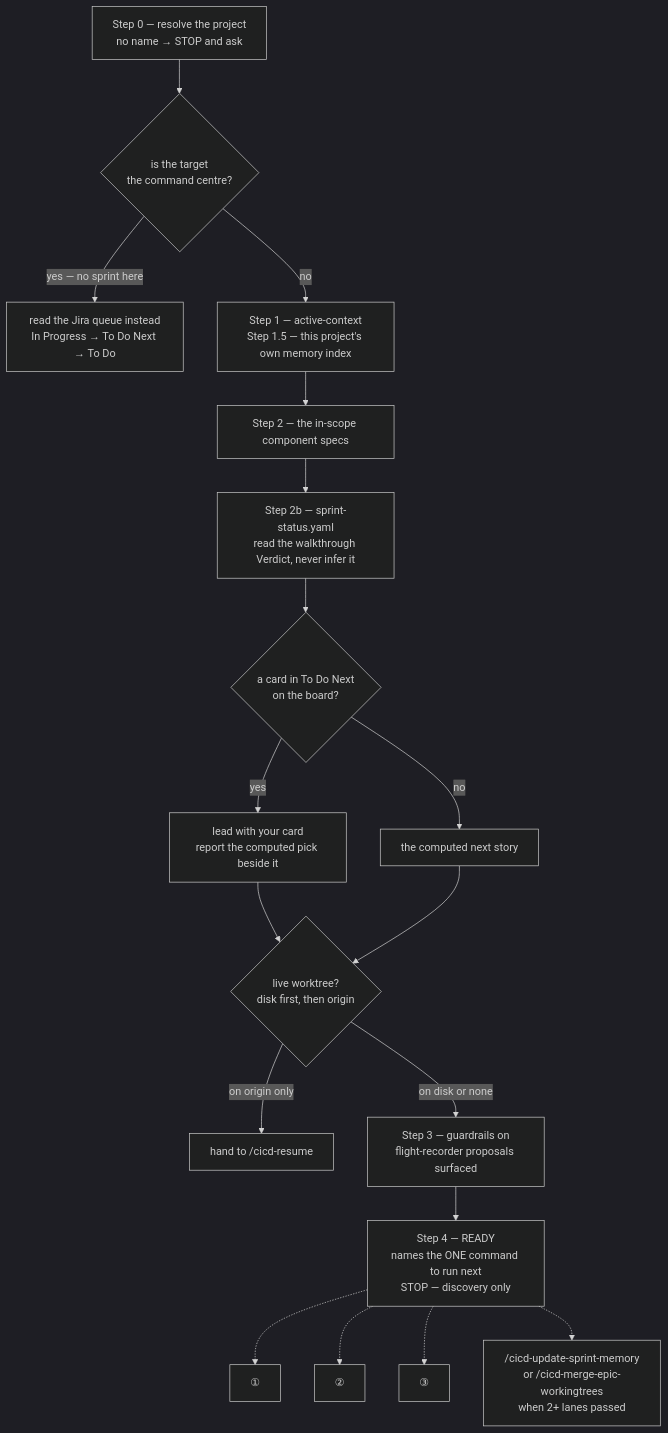
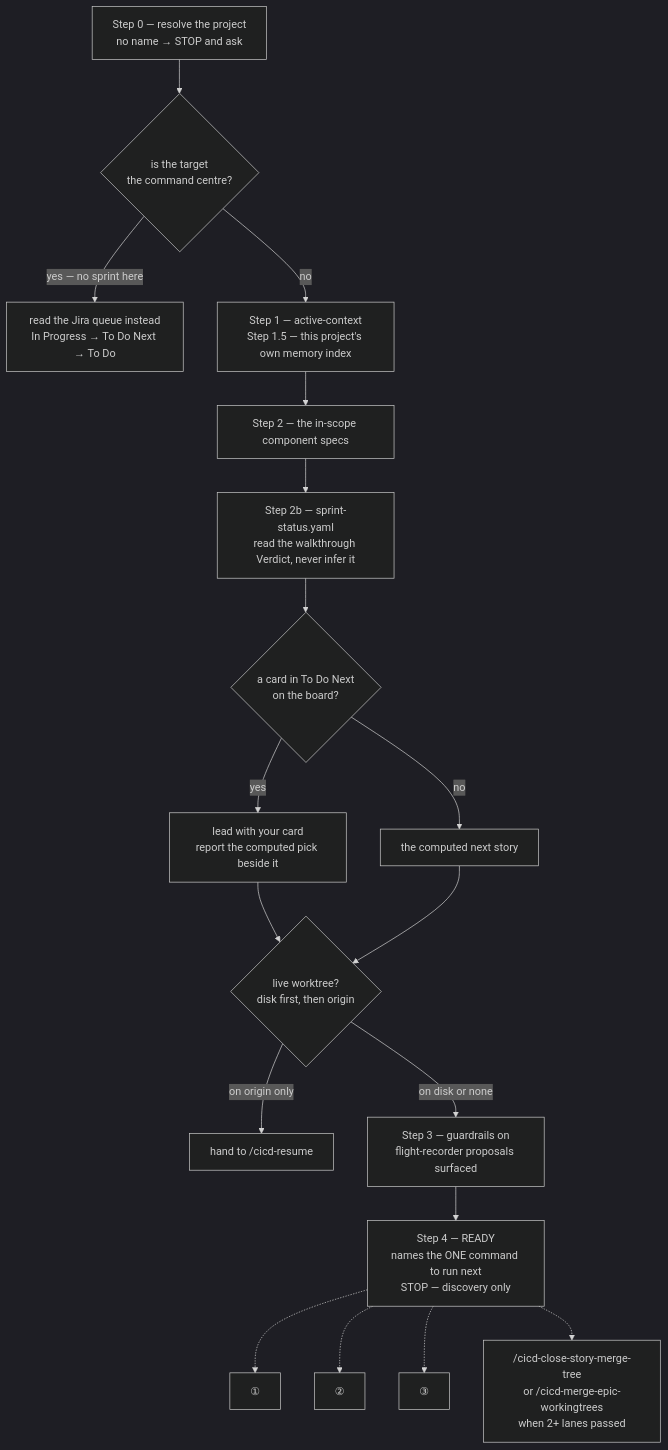
Before and after one commit to sudomadhatter/Sudo_Hatter_Command: diagram 14 of 45 in docs/_scc_sops_prds/workflows_testing_SOP.md, drawn with Mermaid (dark theme). The commit also changed other lines of this file and 97 other files, not shown here.

First line of the commit message:
SCC-210 rebalance the cicd close-out: the door, the save, and the prune

````diff
--- a/docs/_scc_sops_prds/workflows_testing_SOP.md
+++ b/docs/_scc_sops_prds/workflows_testing_SOP.md
@@ -2420,20 +2450,20 @@
 ```mermaid
 flowchart TD
     S0["Step 0 — resolve the project\nno name → STOP and ask"] --> LOB{"is the target\nthe command centre?"}
     LOB -- "yes — no sprint here" --> Q["read the Jira queue instead\nIn Progress → To Do Next → To Do"]
     LOB -- "no" --> S1["Step 1 — active-context\nStep 1.5 — this project's own memory index"]
     S1 --> S2["Step 2 — the in-scope component specs"]
     S2 --> S2B["Step 2b — sprint-status.yaml\nread the walkthrough Verdict, never infer it"]
     S2B --> NEXT{"a card in To Do Next\non the board?"}
     NEXT -- "yes" --> LEAD["lead with your card\nreport the computed pick beside it"]
     NEXT -- "no" --> PICK["the computed next story"]
     LEAD --> WT{"live worktree?\ndisk first, then origin"}
     PICK --> WT
     WT -- "on origin only" --> RES["hand to /cicd-resume"]
     WT -- "on disk or none" --> S3["Step 3 — guardrails on\nflight-recorder proposals surfaced"]
     S3 --> S4["Step 4 — READY\nnames the ONE command to run next\nSTOP — discovery only"]
     S4 -.-> ONE["①"]
     S4 -.-> TWO["②"]
     S4 -.-> THREE["③"]
-    S4 -.-> CLOSE["/cicd-update-sprint-memory\nor /cicd-merge-epic-workingtrees\nwhen 2+ lanes passed"]
+    S4 -.-> CLOSE["/cicd-close-story-merge-tree\nor /cicd-merge-epic-workingtrees\nwhen 2+ lanes passed"]
 ```
````
